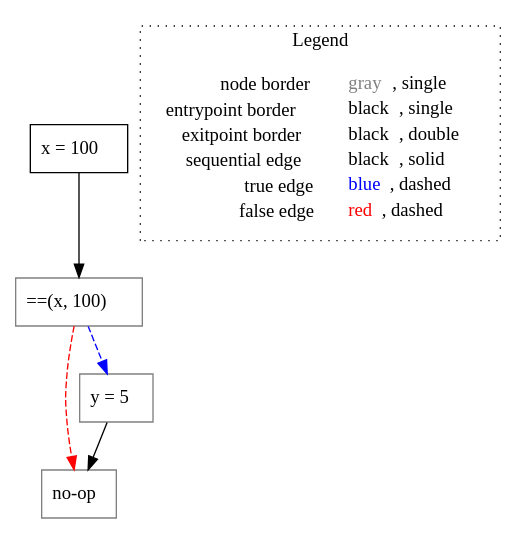
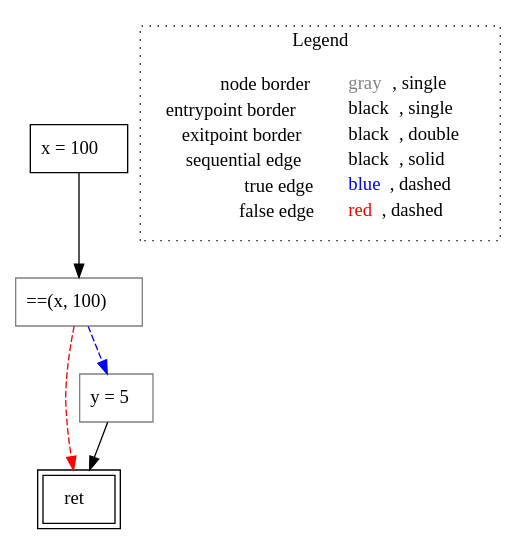
Before and after one commit to lisa-analyzer/go-lisa: the diagram in go-lisa/test-outputs/cfg/if/untyped_~LiSAProgram.ifWithAsg().dot, drawn with Graphviz. The commit also changed 27 other files, not shown here.

```diff
--- a/go-lisa/test-outputs/cfg/if/untyped_~LiSAProgram.ifWithAsg().dot
+++ b/go-lisa/test-outputs/cfg/if/untyped_~LiSAProgram.ifWithAsg().dot
@@ -1,17 +1,17 @@
 digraph {
 	"node0" [shape="rect",color="black",label=<x = 100>];
 	"node1" [shape="rect",color="gray",label=<==(x, 100)>];
-	"node2" [shape="rect",color="gray",label=<no-op>];
+	"node2" [shape="rect",color="black",peripheries="2",label=<ret>];
 	"node3" [shape="rect",color="gray",label=<y = 5>];
+	"node1" -> "node2" [color="red",style="dashed"];
 	"node1" -> "node3" [color="blue",style="dashed"];
-	"node1" -> "node2" [color="red",style="dashed"];
 	"node3" -> "node2" [color="black"];
 	"node0" -> "node1" [color="black"];
 subgraph cluster_legend {
 	label="Legend";
 	style=dotted;
 	node [shape=plaintext];
 	"legend" [label=<<table border="0" cellpadding="2" cellspacing="0" cellborder="0"><tr><td align="right">node border&nbsp;</td><td align="left"><font color="gray">gray</font>, single</td></tr><tr><td align="right">entrypoint border&nbsp;</td><td align="left"><font color="black">black</font>, single</td></tr><tr><td align="right">exitpoint border&nbsp;</td><td align="left"><font color="black">black</font>, double</td></tr><tr><td align="right">sequential edge&nbsp;</td><td align="left"><font color="black">black</font>, solid</td></tr><tr><td align="right">true edge&nbsp;</td><td align="left"><font color="blue">blue</font>, dashed</td></tr><tr><td align="right">false edge&nbsp;</td><td align="left"><font color="red">red</font>, dashed</td></tr></table>>];
 }
 
 }
```
